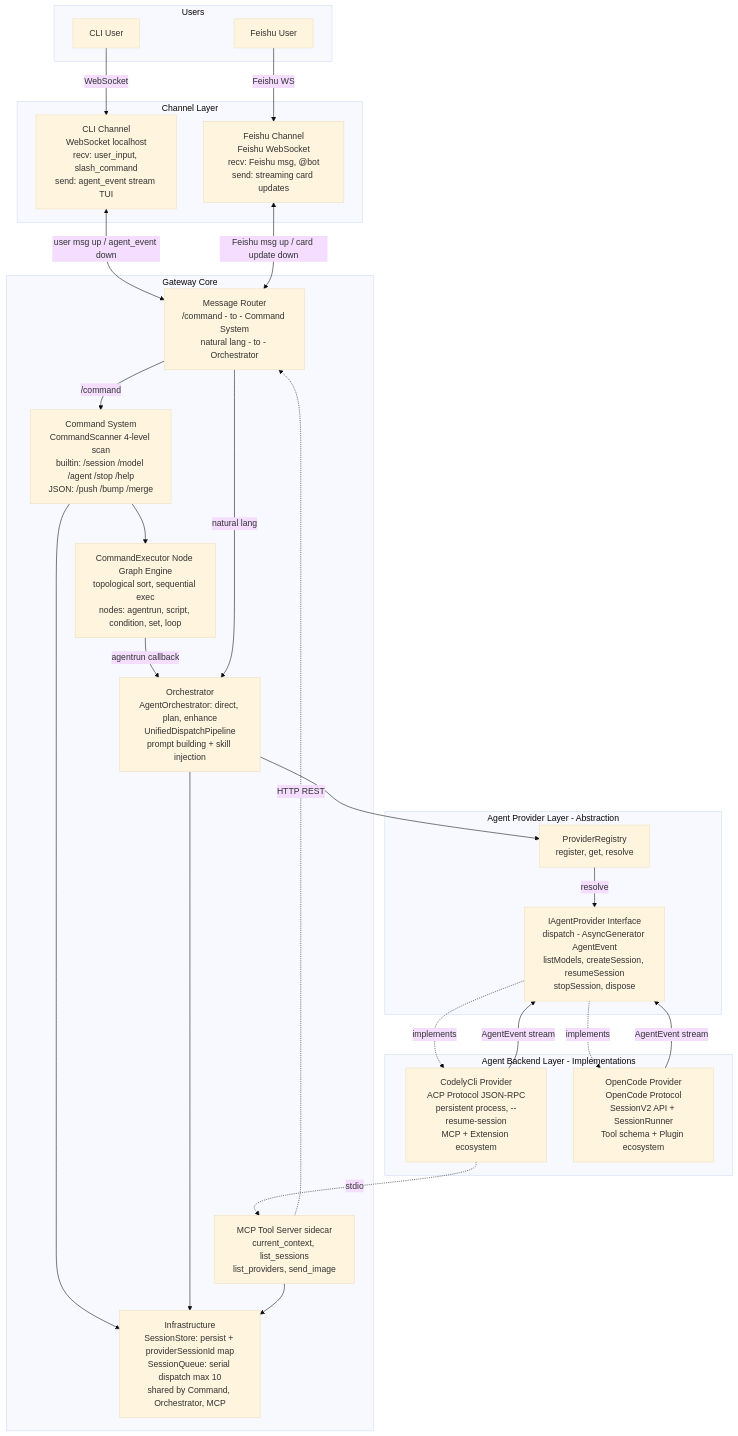
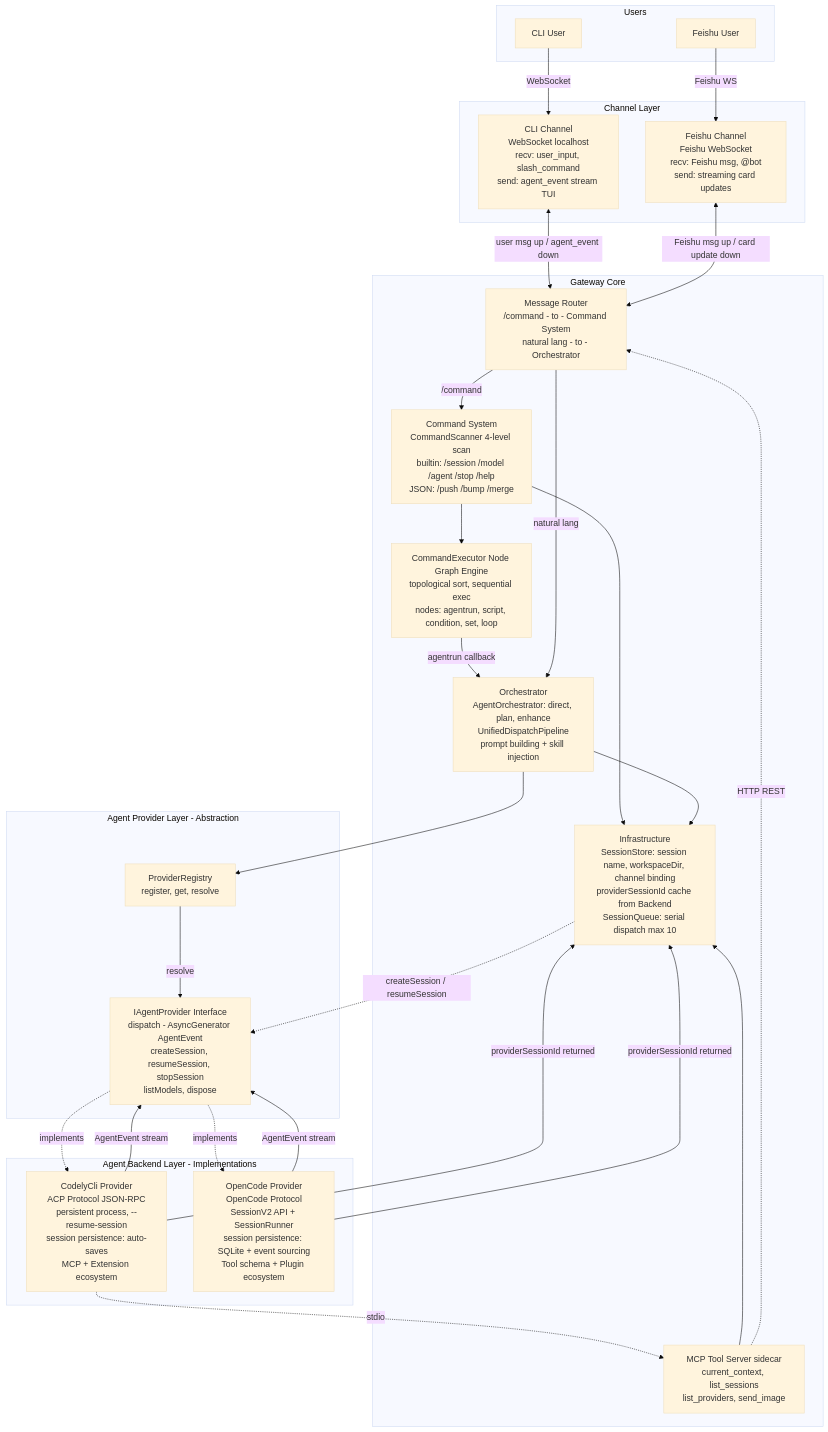
Before and after one commit to Lu-Kye/OpenCrossAgent: the diagram in README.md, drawn with Mermaid (base theme).

Commit message:
docs: clarify Infrastructure session dependency on Provider/Backend layer

````diff
--- a/README.md
+++ b/README.md
@@ -7,58 +7,63 @@
 ```mermaid
 graph TB
     subgraph Users
         U1[CLI User]
         U2[Feishu User]
     end
 
     subgraph ChannelLayer [Channel Layer]
         CLI[CLI Channel<br/>WebSocket localhost<br/>recv: user_input, slash_command<br/>send: agent_event stream TUI]
         FS[Feishu Channel<br/>Feishu WebSocket<br/>recv: Feishu msg, @bot<br/>send: streaming card updates]
     end
 
     subgraph GatewayCore [Gateway Core]
         ROUTER[Message Router<br/>/command - to - Command System<br/>natural lang - to - Orchestrator]
         CS[Command System<br/>CommandScanner 4-level scan<br/>builtin: /session /model /agent /stop /help<br/>JSON: /push /bump /merge]
         EXEC[CommandExecutor Node Graph Engine<br/>topological sort, sequential exec<br/>nodes: agentrun, script, condition, set, loop]
         ORC[Orchestrator<br/>AgentOrchestrator: direct, plan, enhance<br/>UnifiedDispatchPipeline<br/>prompt building + skill injection]
-        INFRA[Infrastructure<br/>SessionStore: persist + providerSessionId map<br/>SessionQueue: serial dispatch max 10<br/>shared by Command, Orchestrator, MCP]
+        INFRA[Infrastructure<br/>SessionStore: session name, workspaceDir, channel binding<br/>providerSessionId cache from Backend<br/>SessionQueue: serial dispatch max 10]
         MCP[MCP Tool Server sidecar<br/>current_context, list_sessions<br/>list_providers, send_image]
     end
 
     subgraph ProviderLayer [Agent Provider Layer - Abstraction]
         REG[ProviderRegistry<br/>register, get, resolve]
-        IAP[IAgentProvider Interface<br/>dispatch - AsyncGenerator AgentEvent<br/>listModels, createSession, resumeSession<br/>stopSession, dispose]
+        IAP[IAgentProvider Interface<br/>dispatch - AsyncGenerator AgentEvent<br/>createSession, resumeSession, stopSession<br/>listModels, dispose]
     end
 
     subgraph BackendLayer [Agent Backend Layer - Implementations]
-        CLP[CodelyCli Provider<br/>ACP Protocol JSON-RPC<br/>persistent process, --resume-session<br/>MCP + Extension ecosystem]
-        OCP[OpenCode Provider<br/>OpenCode Protocol<br/>SessionV2 API + SessionRunner<br/>Tool schema + Plugin ecosystem]
+        CLP[CodelyCli Provider<br/>ACP Protocol JSON-RPC<br/>persistent process, --resume-session<br/>session persistence: auto-saves<br/>MCP + Extension ecosystem]
+        OCP[OpenCode Provider<br/>OpenCode Protocol<br/>SessionV2 API + SessionRunner<br/>session persistence: SQLite + event sourcing<br/>Tool schema + Plugin ecosystem]
     end
 
     U1 -->|WebSocket| CLI
     U2 -->|Feishu WS| FS
 
     CLI <-->|user msg up / agent_event down| ROUTER
     FS <-->|Feishu msg up / card update down| ROUTER
 
     ROUTER -->|/command| CS
     CS --> EXEC
     EXEC -->|agentrun callback| ORC
     ROUTER -->|natural lang| ORC
 
     CS --> INFRA
     ORC --> INFRA
     MCP --> INFRA
+
+    INFRA -.->|createSession / resumeSession| IAP
+    CLP -->|providerSessionId returned| INFRA
+    OCP -->|providerSessionId returned| INFRA
+
     ORC --> REG
 
     REG -->|resolve| IAP
 
     IAP -.->|implements| CLP
     IAP -.->|implements| OCP
 
     CLP -->|AgentEvent stream| IAP
     OCP -->|AgentEvent stream| IAP
 
     CLP -.->|stdio| MCP
     MCP -.->|HTTP REST| ROUTER
 ```
````
